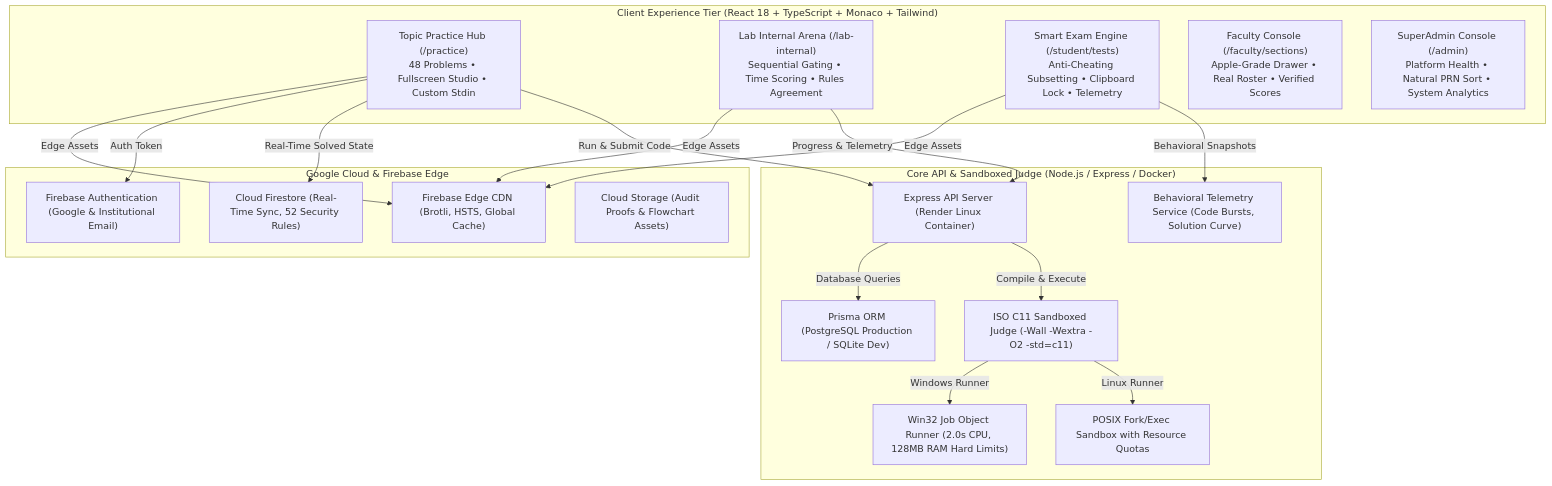
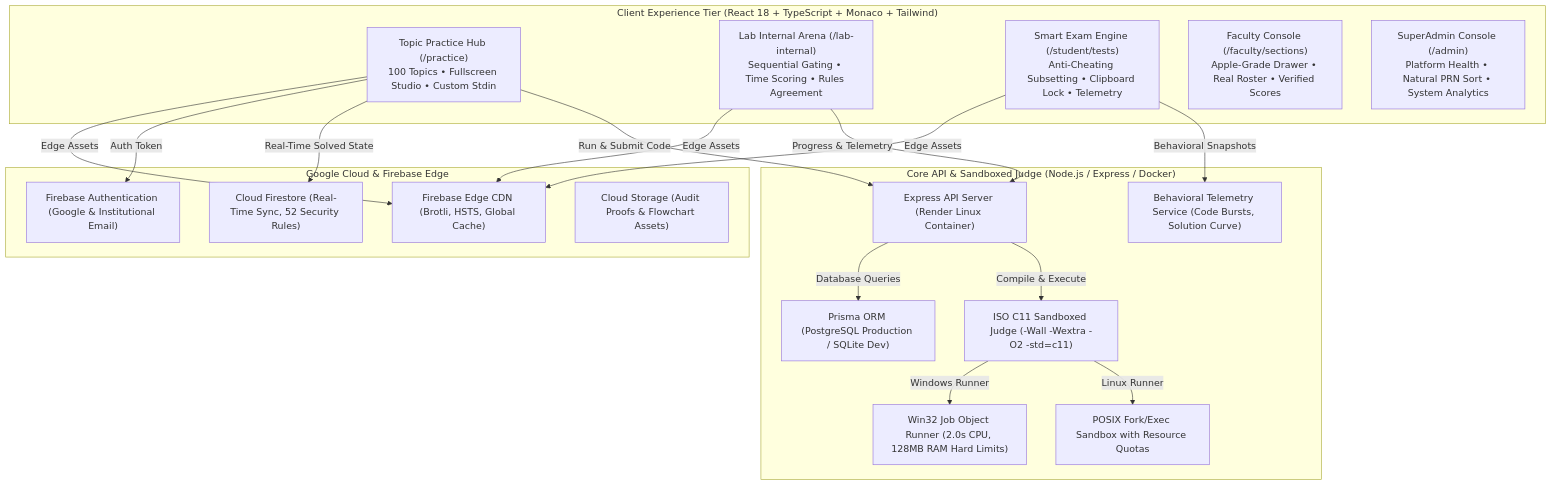
Before and after one commit to pratikpt1304/LogicQ: the second of 2 diagrams in README.md, drawn with Mermaid. The commit also changed other lines of this file and 8 other files, not shown here.

````diff
--- a/README.md
+++ b/README.md
@@ -106,42 +106,42 @@
 ```mermaid
 flowchart TD
     subgraph ClientLayer ["Client Experience Tier (React 18 + TypeScript + Monaco + Tailwind)"]
-        PracticeHub["Topic Practice Hub (/practice)<br/>48 Problems • Fullscreen Studio • Custom Stdin"]
+        PracticeHub["Topic Practice Hub (/practice)<br/>100 Topics • Fullscreen Studio • Custom Stdin"]
         LabInternal["Lab Internal Arena (/lab-internal)<br/>Sequential Gating • Time Scoring • Rules Agreement"]
         ExamProctor["Smart Exam Engine (/student/tests)<br/>Anti-Cheating Subsetting • Clipboard Lock • Telemetry"]
         FacultyPortal["Faculty Console (/faculty/sections)<br/>Apple-Grade Drawer • Real Roster • Verified Scores"]
         AdminPortal["SuperAdmin Console (/admin)<br/>Platform Health • Natural PRN Sort • System Analytics"]
     end
 
     subgraph FirebaseCloud ["Google Cloud & Firebase Edge"]
         Hosting["Firebase Edge CDN (Brotli, HSTS, Global Cache)"]
         AuthService["Firebase Authentication (Google & Institutional Email)"]
         FirestoreDB["Cloud Firestore (Real-Time Sync, 52 Security Rules)"]
         CloudStorage["Cloud Storage (Audit Proofs & Flowchart Assets)"]
     end
 
     subgraph BackendJudge ["Core API & Sandboxed Judge (Node.js / Express / Docker)"]
         ExpressAPI["Express API Server (Render Linux Container)"]
         PrismaClient["Prisma ORM (PostgreSQL Production / SQLite Dev)"]
         JudgeEngine["ISO C11 Sandboxed Judge (-Wall -Wextra -O2 -std=c11)"]
         WinSandbox["Win32 Job Object Runner (2.0s CPU, 128MB RAM Hard Limits)"]
         LinuxSandbox["POSIX Fork/Exec Sandbox with Resource Quotas"]
         TelemetryEngine["Behavioral Telemetry Service (Code Bursts, Solution Curve)"]
     end
 
     PracticeHub -->|Edge Assets| Hosting
     LabInternal -->|Edge Assets| Hosting
     ExamProctor -->|Edge Assets| Hosting
 
     PracticeHub -->|Auth Token| AuthService
     PracticeHub -->|Real-Time Solved State| FirestoreDB
     PracticeHub -->|Run & Submit Code| ExpressAPI
 
     LabInternal -->|Progress & Telemetry| ExpressAPI
     ExamProctor -->|Behavioral Snapshots| TelemetryEngine
 
     ExpressAPI -->|Database Queries| PrismaClient
     ExpressAPI -->|Compile & Execute| JudgeEngine
     JudgeEngine -->|Windows Runner| WinSandbox
     JudgeEngine -->|Linux Runner| LinuxSandbox
 ```
````
